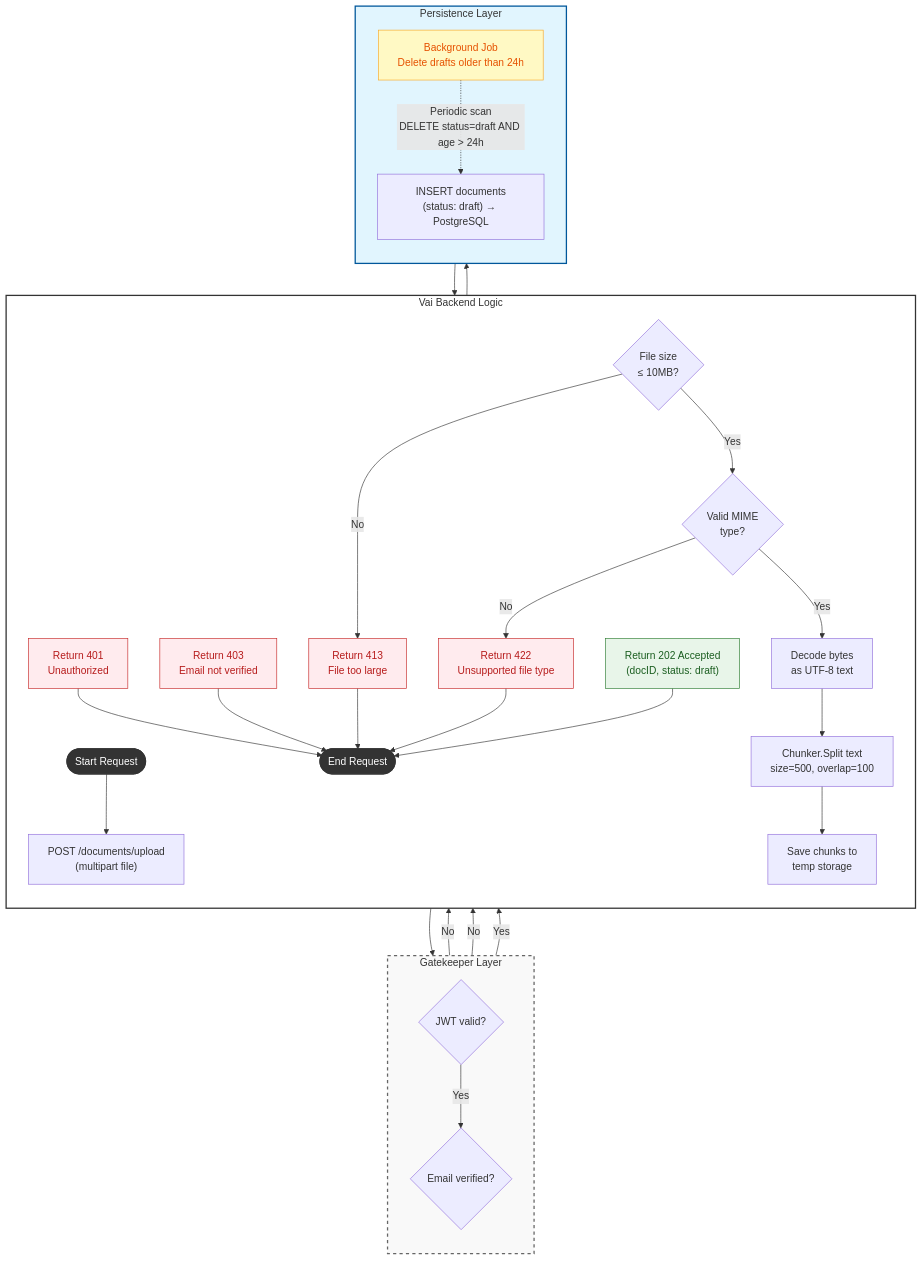
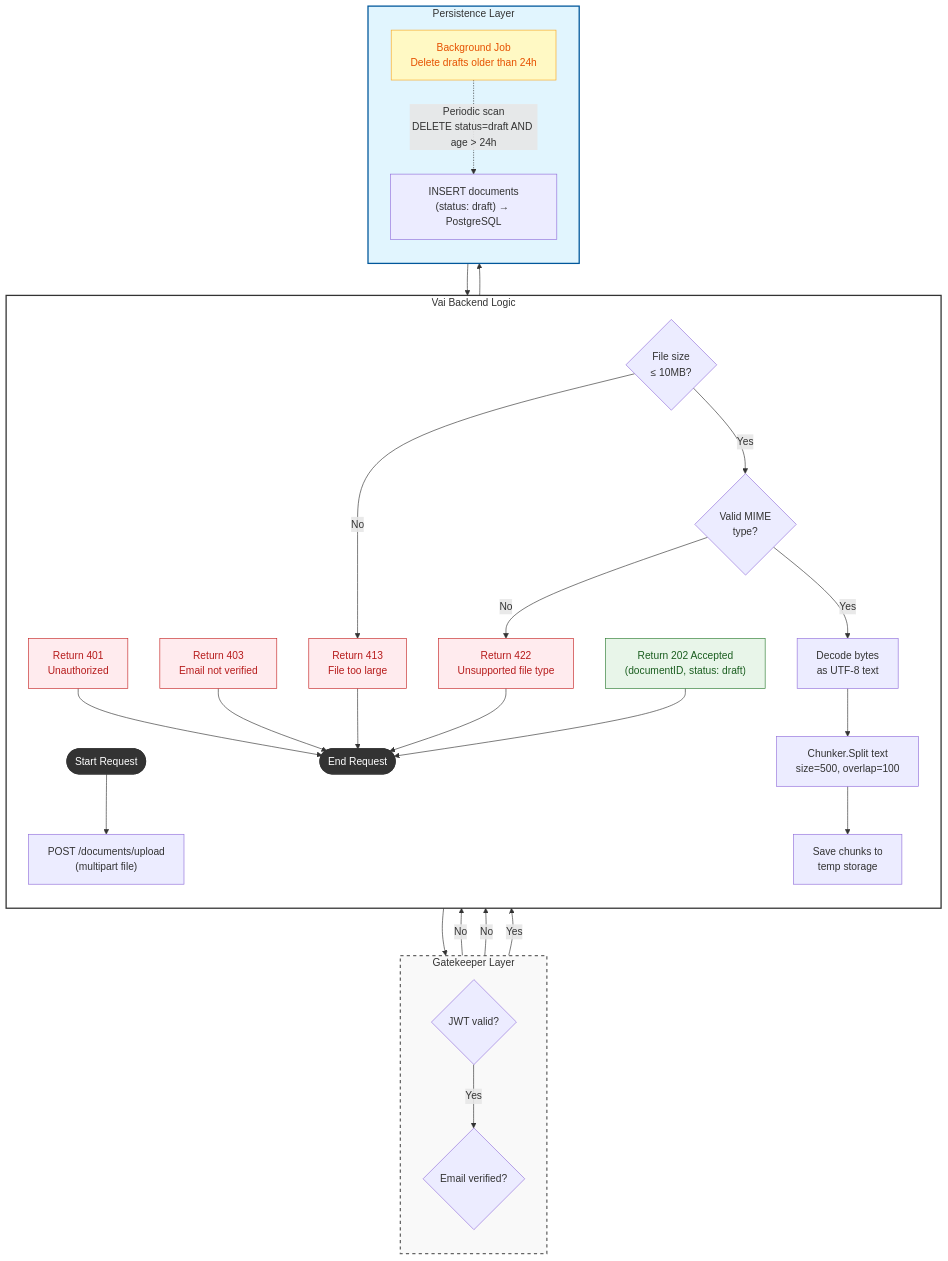
One commit to ABDELRAHMAN-ELRAYES/Vai changed the fifth of 9 diagrams in docs/diagrams/Activity_Diagrams.md. Above: the diagram before and after it, drawn with Mermaid. The commit also changed other lines of this file and 41 other files, not shown here.

```diff
--- a/docs/diagrams/Activity_Diagrams.md
+++ b/docs/diagrams/Activity_Diagrams.md
@@ -157,7 +158,7 @@
         E["Return 403<br>Email not verified"]
         G["Return 413<br>File too large"]
         I["Return 422<br>Unsupported file type"]
-        S["Return 202 Accepted<br>(docID, status: draft)"]
+        S["Return 202 Accepted<br>(documentID, status: draft)"]
 
         End([End Request])
     end
```
